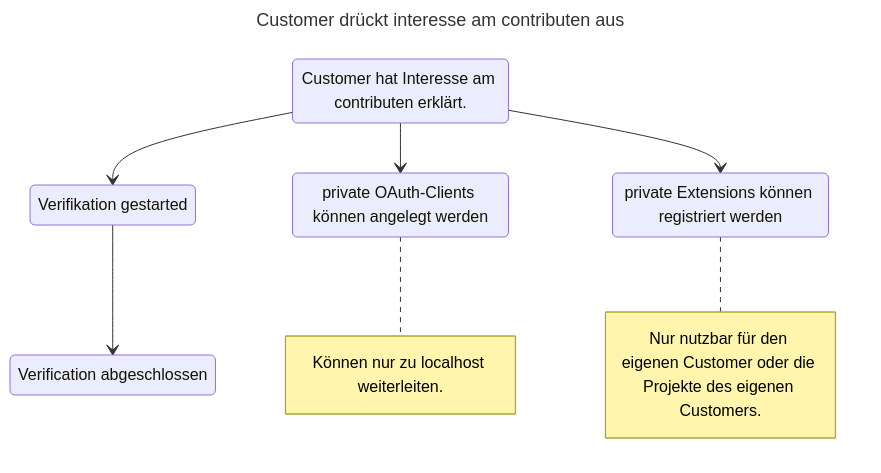
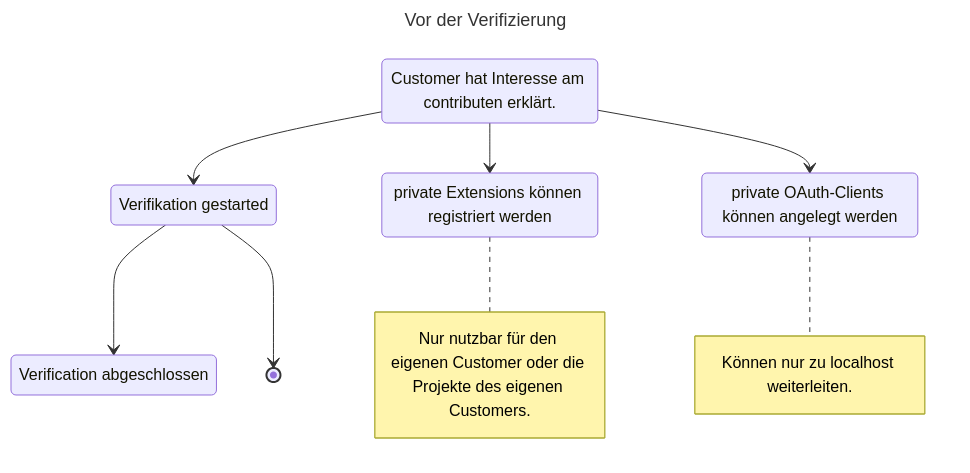
One commit to mittwald/developer-portal changed the first of 2 diagrams in i18n/de/docusaurus-plugin-content-docs/current/contribution/30-overview/3-contributor.mdx. Above: the diagram before and after it, drawn with Mermaid. The commit also changed other lines of this file and 1 other file, not shown here.

Commit message:
improve diagrams

````diff
--- a/i18n/de/docusaurus-plugin-content-docs/current/contribution/30-overview/3-contributor.mdx
+++ b/i18n/de/docusaurus-plugin-content-docs/current/contribution/30-overview/3-contributor.mdx
@@ -10,24 +10,25 @@
 ```mermaid
 ---
-title: Customer drückt interesse am contributen aus
+title: Vor der Verifizierung
 ---
 
 stateDiagram-v2
     C1: Customer hat Interesse am contributen erklärt.
     C2: Verifikation gestarted
     C3: Verification abgeschlossen
     E1: private Extensions können registriert werden
     O1: private OAuth-Clients können angelegt werden
 
     note right of O1
         Können nur zu localhost weiterleiten.
     end note
     note right of E1
         Nur nutzbar für den eigenen Customer oder die Projekte des eigenen Customers.
     end note
 
     C1 --> C2
     C2 --> C3
     C1 --> E1
     C1 --> O1
+    C2 --> [*]
 ```
````
